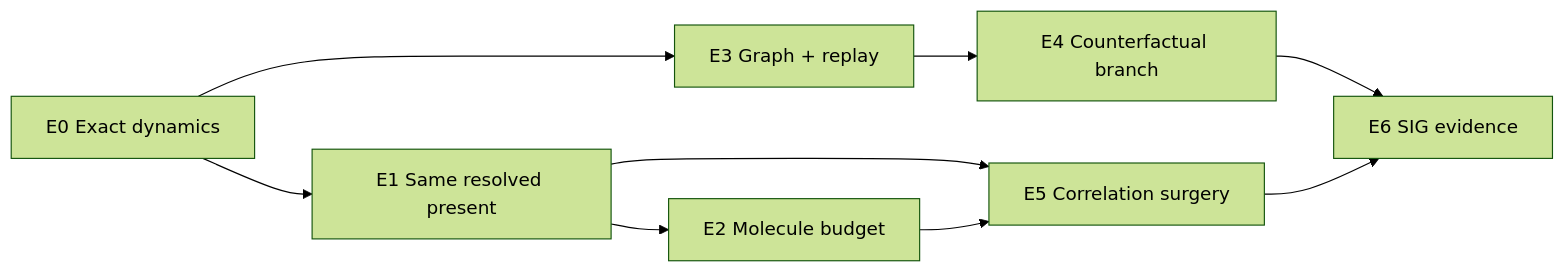
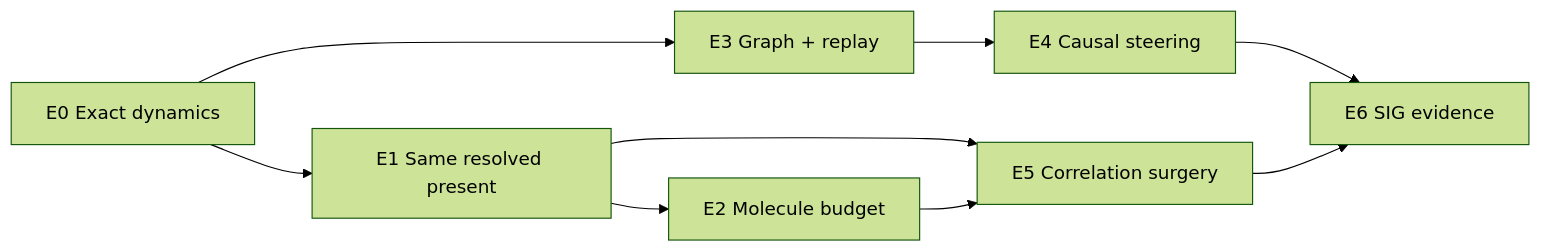
One commit to jandan138/history-aware-molecular-kinetic changed the diagram in docs/benchmarks/suite.md. Above: the diagram before and after it, drawn with Mermaid (forest theme). The commit also changed other lines of this file and 21 other files, not shown here.

Commit message:
docs(e4): record causal steering hero result

````diff
--- a/docs/benchmarks/suite.md
+++ b/docs/benchmarks/suite.md
@@ -54,11 +54,11 @@
 ```mermaid
 flowchart LR
     E0[E0 Exact dynamics] --> E1[E1 Same resolved present]
     E1 --> E2[E2 Molecule budget]
     E0 --> E3[E3 Graph + replay]
-    E3 --> E4[E4 Counterfactual branch]
+    E3 --> E4[E4 Causal steering]
     E1 --> E5[E5 Correlation surgery]
     E2 --> E5
     E4 --> E6[E6 SIG evidence]
     E5 --> E6
 ```
````
